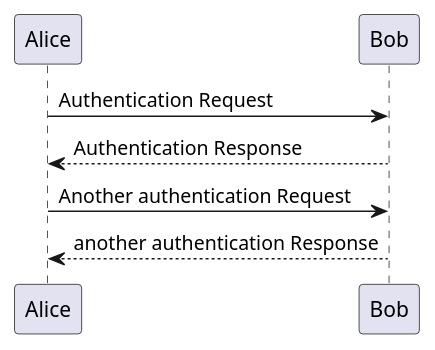
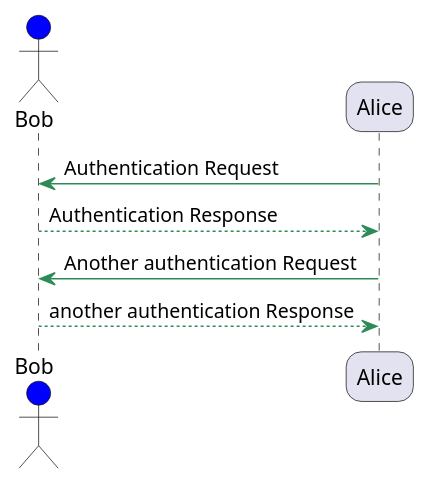
One commit to apache/sling-whiteboard changed the diagram in asciidoctor-diagrams/src/main/asciidoc/some-diagrams.adoc. Above: the diagram before and after it, drawn with PlantUML. The commit also changed 7 other files, not shown here.

```diff
--- a/asciidoctor-diagrams/src/main/asciidoc/some-diagrams.adoc
+++ b/asciidoctor-diagrams/src/main/asciidoc/some-diagrams.adoc
@@ -21,8 +21,16 @@
 [plantuml,auth-protocol-plantuml]
 ....
+skinparam roundcorner 20
+skinparam sequence {
+  BackgroundColor PaleGreen
+  ArrowColor SeaGreen
+  BorderColor SpringGreen
+}
+
+actor Bob #blue
 Alice -> Bob: Authentication Request
 Bob --> Alice: Authentication Response
 
 Alice -> Bob: Another authentication Request
 Alice <-- Bob: another authentication Response
 ....
```
